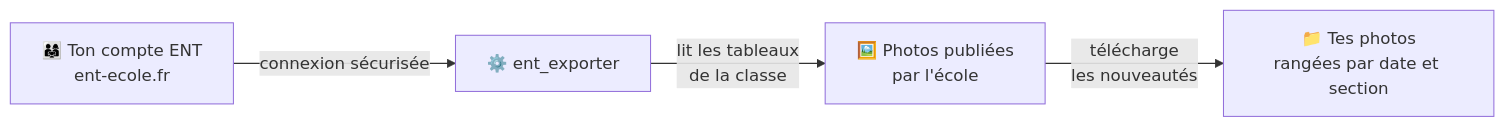
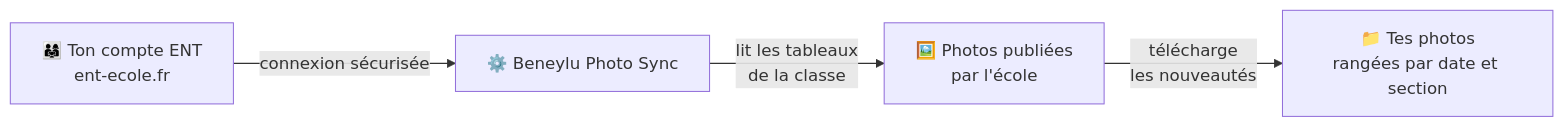
One commit to SckyzO/beneylu-photo-sync changed the diagram in README.md. Above: the diagram before and after it, drawn with Mermaid. The commit also changed other lines of this file and 62 other files, not shown here.

First line of the commit message:
refactor: rename package ent_exporter -> beneylu_photo_sync (+ core/ subpackage)

````diff
--- a/README.md
+++ b/README.md
@@ -12,6 +12,6 @@
 ```mermaid
 flowchart LR
-    A["👨‍👩‍👧 Ton compte ENT<br/>ent-ecole.fr"] -->|connexion sécurisée| B["⚙️ ent_exporter"]
+    A["👨‍👩‍👧 Ton compte ENT<br/>ent-ecole.fr"] -->|connexion sécurisée| B["⚙️ Beneylu Photo Sync"]
     B -->|lit les tableaux<br/>de la classe| C["🖼️ Photos publiées<br/>par l'école"]
     C -->|télécharge<br/>les nouveautés| D["📁 Tes photos<br/>rangées par date et section"]
 ```
````
